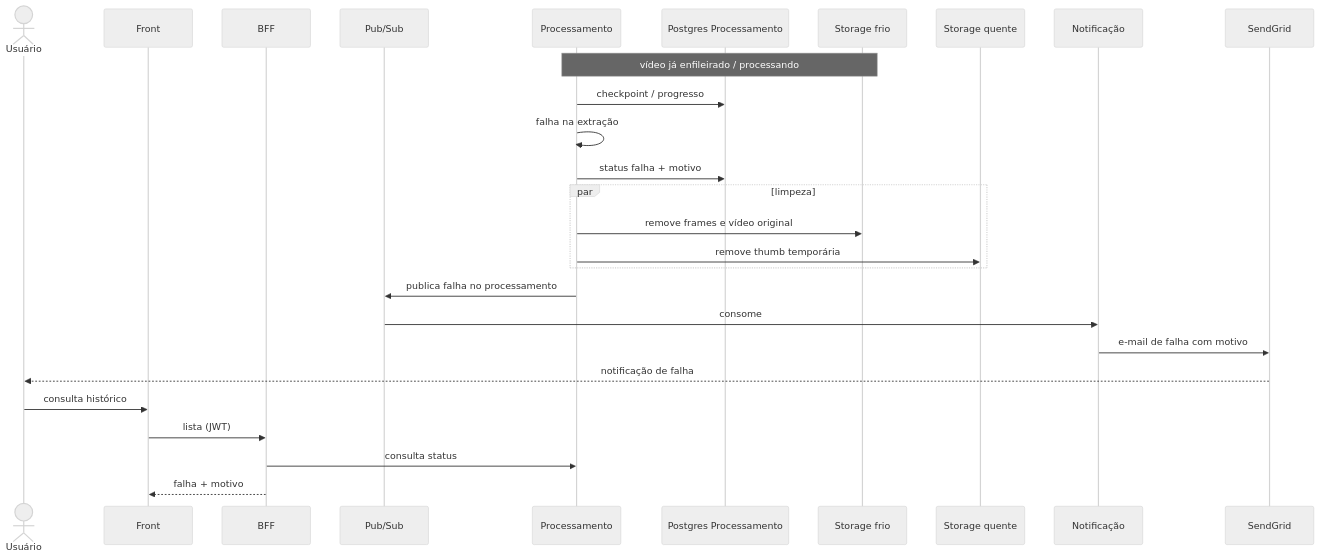
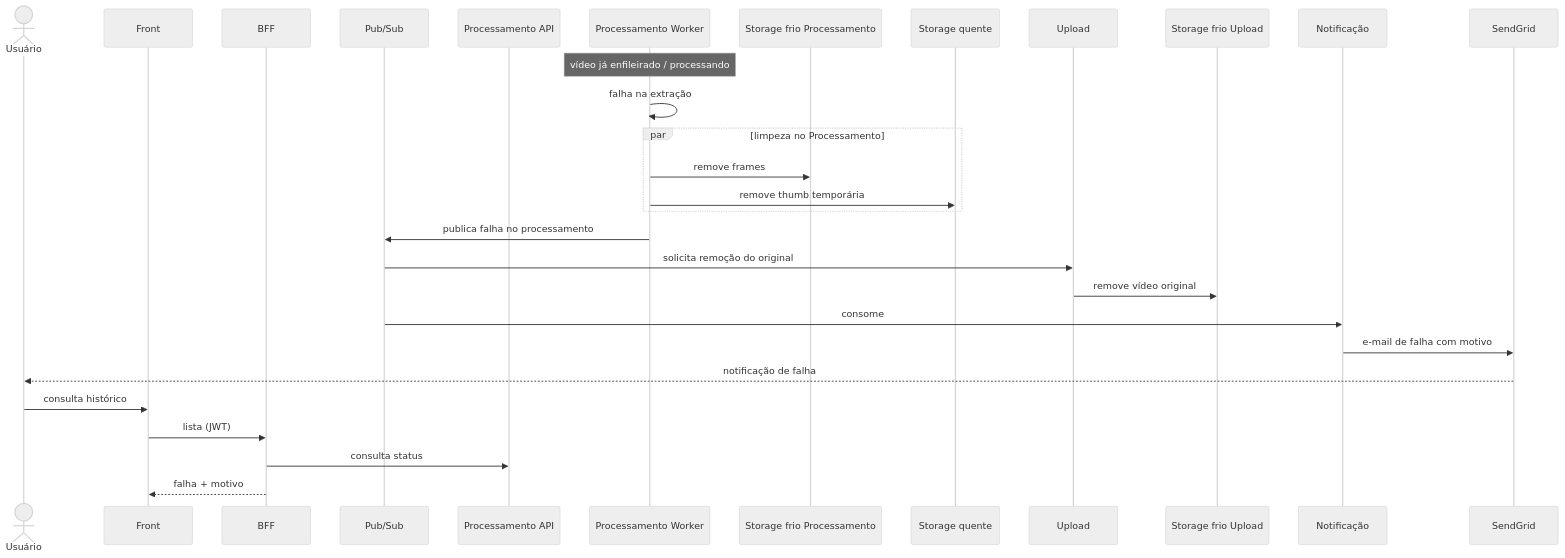
One commit to fiap-x-vcosta/docs changed the diagram in fluxo-e-estados/05_falha-no-processamento.md. Above: the diagram before and after it, drawn with Mermaid (neutral theme). The commit also changed 5 other files, not shown here.

First line of the commit message:
docs: RNFs de posse de storage, URL de leitura e API/Worker

````diff
--- a/fluxo-e-estados/05_falha-no-processamento.md
+++ b/fluxo-e-estados/05_falha-no-processamento.md
@@ -1,30 +1,32 @@
 ```mermaid
 sequenceDiagram
   actor U as Usuário
   participant Web as Front
   participant BFF as BFF
   participant Bus as Pub/Sub
-  participant Proc as Processamento
-  participant PGP as Postgres Processamento
-  participant Frio as Storage frio
+  participant Api as Processamento API
+  participant Worker as Processamento Worker
+  participant FrioProc as Storage frio Processamento
   participant Quente as Storage quente
+  participant Up as Upload
+  participant FrioUp as Storage frio Upload
   participant Notif as Notificação
   participant SG as SendGrid
 
-  Note over Proc,Frio: vídeo já enfileirado / processando
-  Proc->>PGP: checkpoint / progresso
-  Proc->>Proc: falha na extração
-  Proc->>PGP: status falha + motivo
-  par limpeza
-    Proc->>Frio: remove frames e vídeo original
-    Proc->>Quente: remove thumb temporária
+  Note over Worker: vídeo já enfileirado / processando
+  Worker->>Worker: falha na extração
+  par limpeza no Processamento
+    Worker->>FrioProc: remove frames
+    Worker->>Quente: remove thumb temporária
   end
-  Proc->>Bus: publica falha no processamento
+  Worker->>Bus: publica falha no processamento
+  Bus->>Up: solicita remoção do original
+  Up->>FrioUp: remove vídeo original
   Bus->>Notif: consome
   Notif->>SG: e-mail de falha com motivo
   SG-->>U: notificação de falha
   U->>Web: consulta histórico
   Web->>BFF: lista (JWT)
-  BFF->>Proc: consulta status
+  BFF->>Api: consulta status
   BFF-->>Web: falha + motivo
 ```
````
